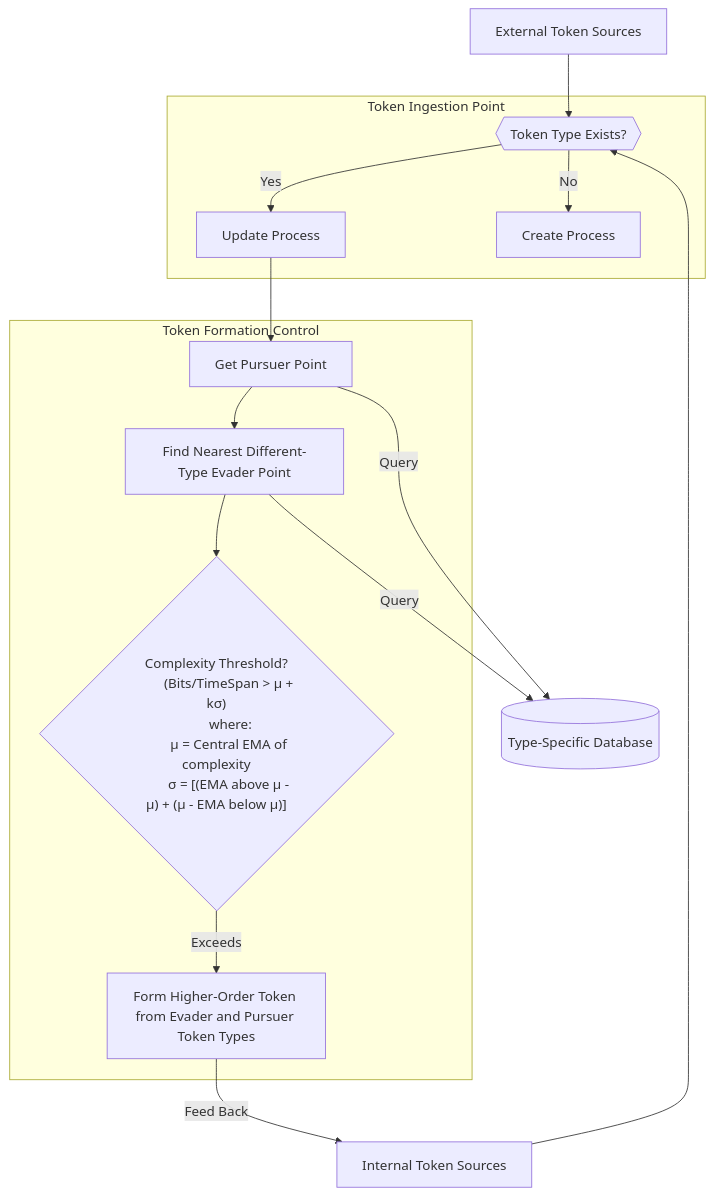
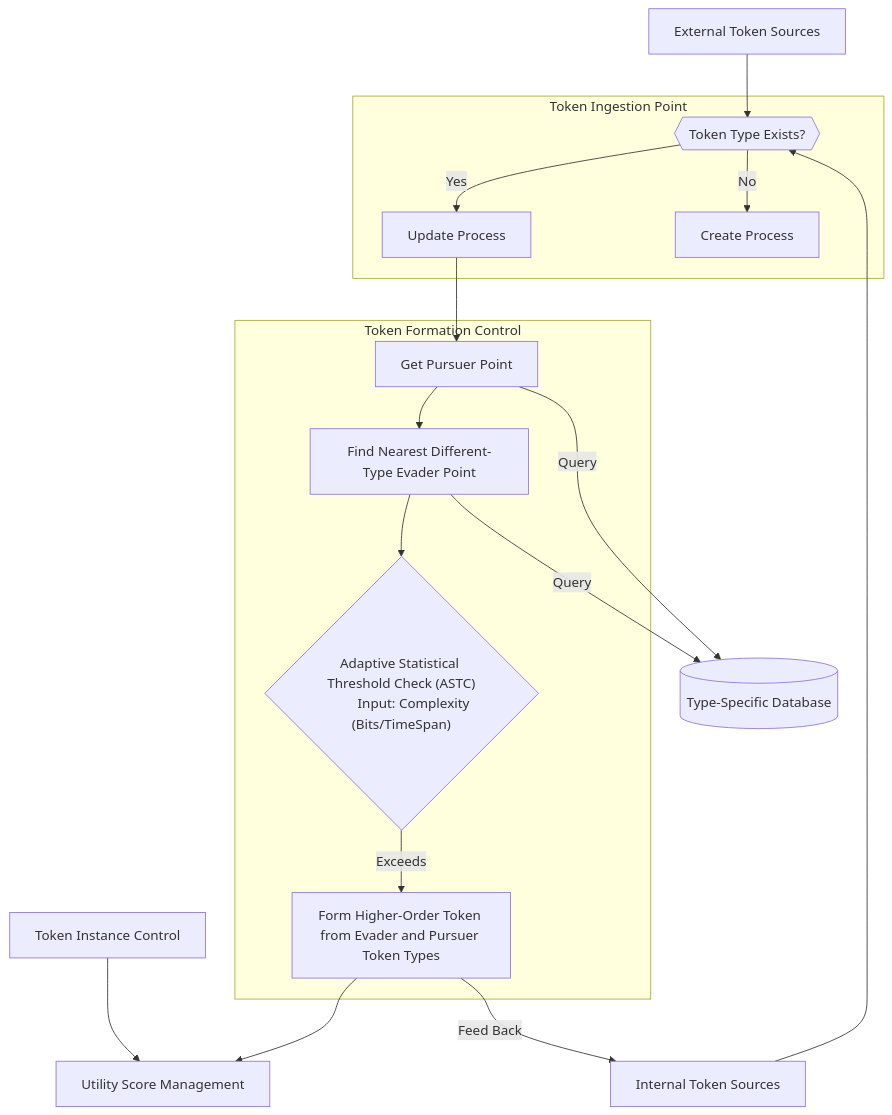
The eighth of 11 diagrams in README.md (mattferrin/mattferrin), drawn with Mermaid before and after one commit. The commit also changed other lines of this file, not shown here.

````diff
--- a/README.md
+++ b/README.md
@@ -247,38 +292,40 @@
 ```mermaid
 graph TD;
     ExternalSources["External Token Sources"]
     InternalSources["Internal Token Sources"]
     
     subgraph "Token Ingestion Point"
         TokenCheck{{"Token Type Exists?"}}
         UpdateProcess["Update Process"]
         CreateProcess["Create Process"]
         
         TokenCheck -->|Yes| UpdateProcess
         TokenCheck -->|No| CreateProcess
     end
 
     subgraph "Token Formation Control"
         GetPursuerPoint["Get Pursuer Point"]
         FindNearestEvader["Find Nearest Different-Type Evader Point"]
-        ComplexityCheck{"Complexity Threshold?
-        (Bits/TimeSpan > μ + kσ)
-        where:
-        μ = Central EMA of complexity
-        σ = [(EMA above μ - μ) + (μ - EMA below μ)]"}
+        ComplexityCheck{"Adaptive Statistical Threshold Check (ASTC)
+        Input: Complexity (Bits/TimeSpan)"}
         FormToken["Form Higher-Order Token from Evader and Pursuer Token Types"]
         
         UpdateProcess --> GetPursuerPoint
         GetPursuerPoint --> FindNearestEvader
         FindNearestEvader --> ComplexityCheck
         ComplexityCheck -->|Exceeds| FormToken
     end
 
+    UpdateUtilityScores["Utility Score Management"]
+    TokenInstanceControl --> UpdateUtilityScores
+    TokenInstanceControl["Token Instance Control"]
+    FormToken --> UpdateUtilityScores
+
     TypeSpecificDB[(Type-Specific Database)]
     
     ExternalSources --> TokenCheck
     InternalSources --> TokenCheck
+    FindNearestEvader -->|Query| TypeSpecificDB
     GetPursuerPoint -->|Query| TypeSpecificDB
-    FindNearestEvader -->|Query| TypeSpecificDB
     FormToken -->|Feed Back| InternalSources
 ```
````
